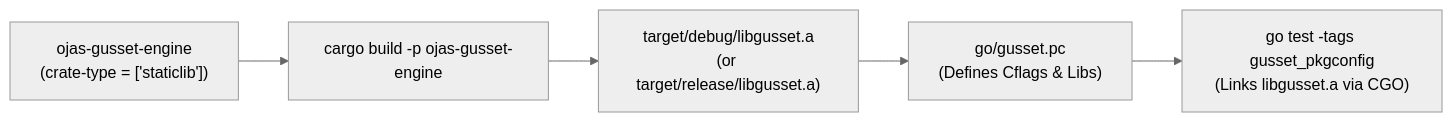
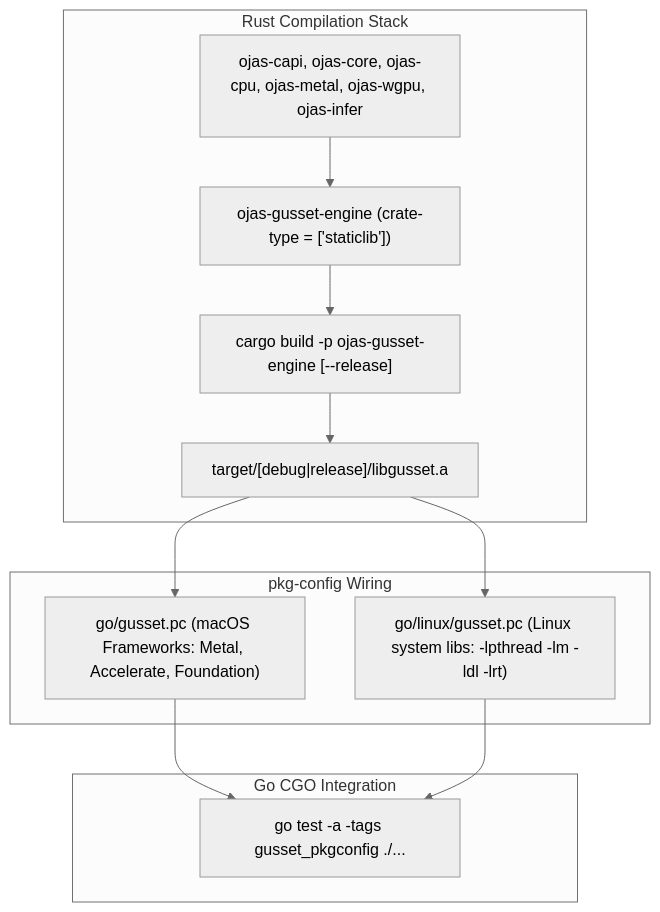
The diagram in ojas-gusset-engine/README.md (bharathvbcr/ojas), drawn with Mermaid (neutral theme) before and after one commit. The commit also changed other lines of this file and 341 other files, not shown here.

````diff
--- a/ojas-gusset-engine/README.md
+++ b/ojas-gusset-engine/README.md
@@ -9,8 +9,26 @@
 ```mermaid
-flowchart LR
-    RustCrate["ojas-gusset-engine\n(crate-type = ['staticlib'])"] --> CargoBuild["cargo build -p ojas-gusset-engine"]
-    CargoBuild --> Archive["target/debug/libgusset.a\n(or target/release/libgusset.a)"]
-    
-    Archive --> PkgConfig["go/gusset.pc\n(Defines Cflags & Libs)"]
-    PkgConfig --> GoTest["go test -tags gusset_pkgconfig\n(Links libgusset.a via CGO)"]
+flowchart TD
+    subgraph CargoStack["Rust Compilation Stack"]
+        Crates["ojas-capi, ojas-core, ojas-cpu, ojas-metal, ojas-wgpu, ojas-infer"]
+        Engine["ojas-gusset-engine (crate-type = ['staticlib'])"]
+        Build["cargo build -p ojas-gusset-engine [--release]"]
+        Archive["target/[debug|release]/libgusset.a"]
+    end
+
+    subgraph LinkConfig["pkg-config Wiring"]
+        PCMac["go/gusset.pc (macOS Frameworks: Metal, Accelerate, Foundation)"]
+        PCLinux["go/linux/gusset.pc (Linux system libs: -lpthread -lm -ldl -lrt)"]
+    end
+
+    subgraph GoBuild["Go CGO Integration"]
+        GoTest["go test -a -tags gusset_pkgconfig ./..."]
+    end
+
+    Crates --> Engine
+    Engine --> Build
+    Build --> Archive
+    Archive --> PCMac
+    Archive --> PCLinux
+    PCMac --> GoTest
+    PCLinux --> GoTest
 ```
````
